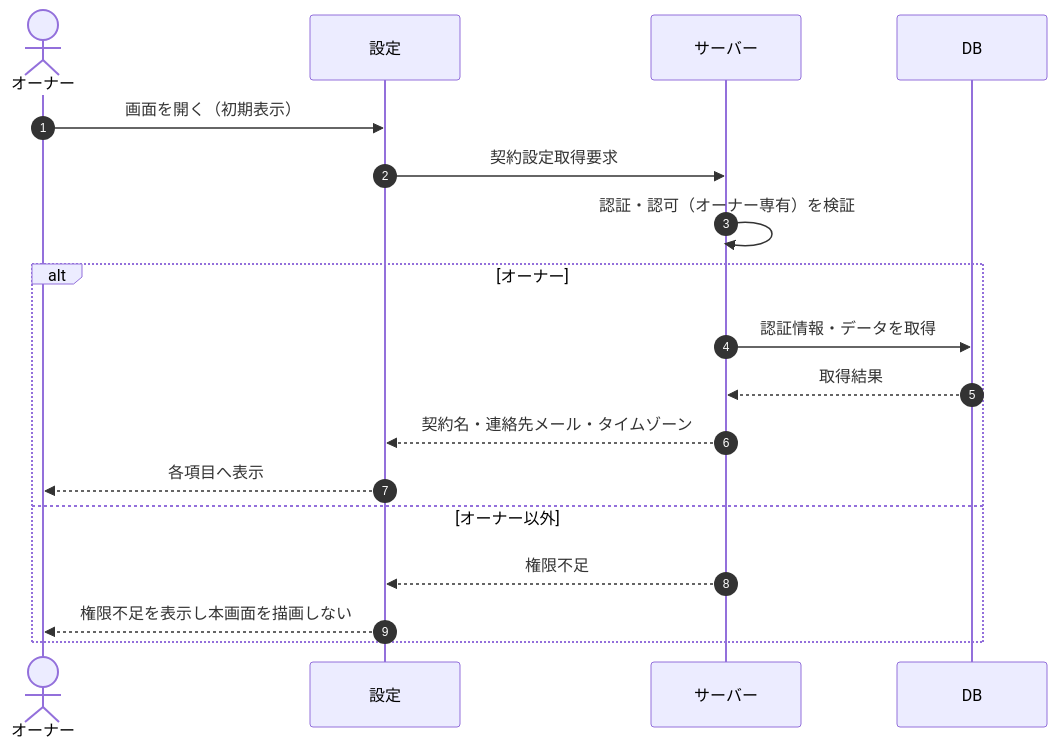
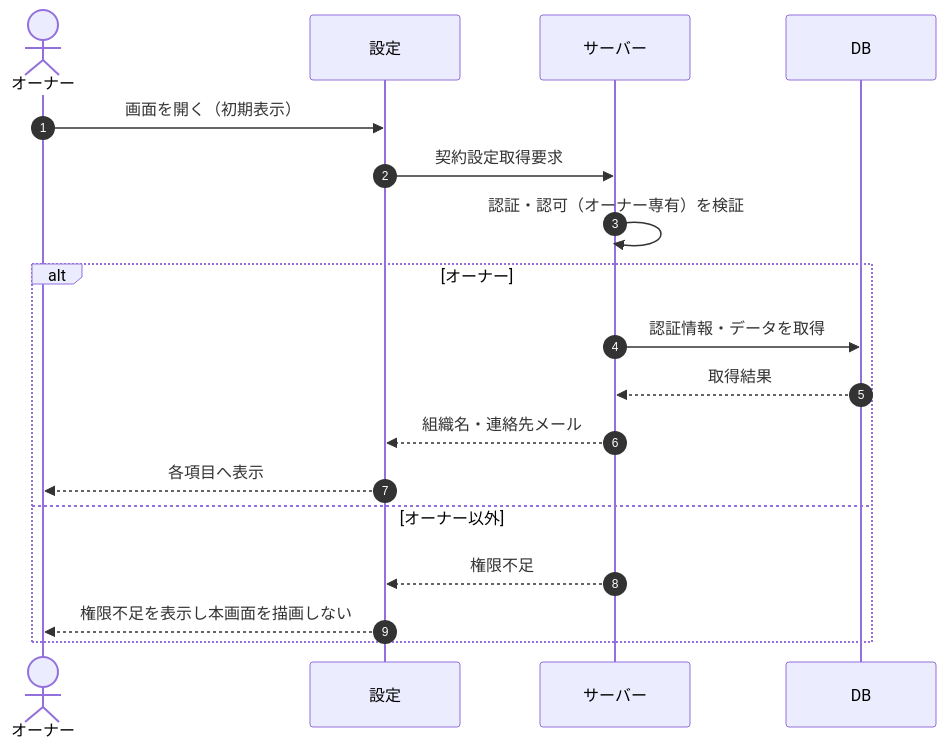
Before and after one commit to sikakou54/open-faq: the diagram in 02_basic_design/03_sequences/SEQ-085.md, drawn with Mermaid. The commit also changed other lines of this file and 61 other files, not shown here.

````diff
--- a/02_basic_design/03_sequences/SEQ-085.md
+++ b/02_basic_design/03_sequences/SEQ-085.md
@@ -26,20 +26,20 @@
 ```mermaid
 sequenceDiagram
   autonumber
   actor U as オーナー
   participant Screen as 設定
   participant Server as サーバー
   participant DB as DB
   U->>Screen: 画面を開く（初期表示）
   Screen->>Server: 契約設定取得要求
   Server->>Server: 認証・認可（オーナー専有）を検証
   alt オーナー
     Server->>DB: 認証情報・データを取得
     DB-->>Server: 取得結果
-    Server-->>Screen: 契約名・連絡先メール・タイムゾーン
+    Server-->>Screen: 組織名・連絡先メール
     Screen-->>U: 各項目へ表示
   else オーナー以外
     Server-->>Screen: 権限不足
     Screen-->>U: 権限不足を表示し本画面を描画しない
   end
 ```
````
